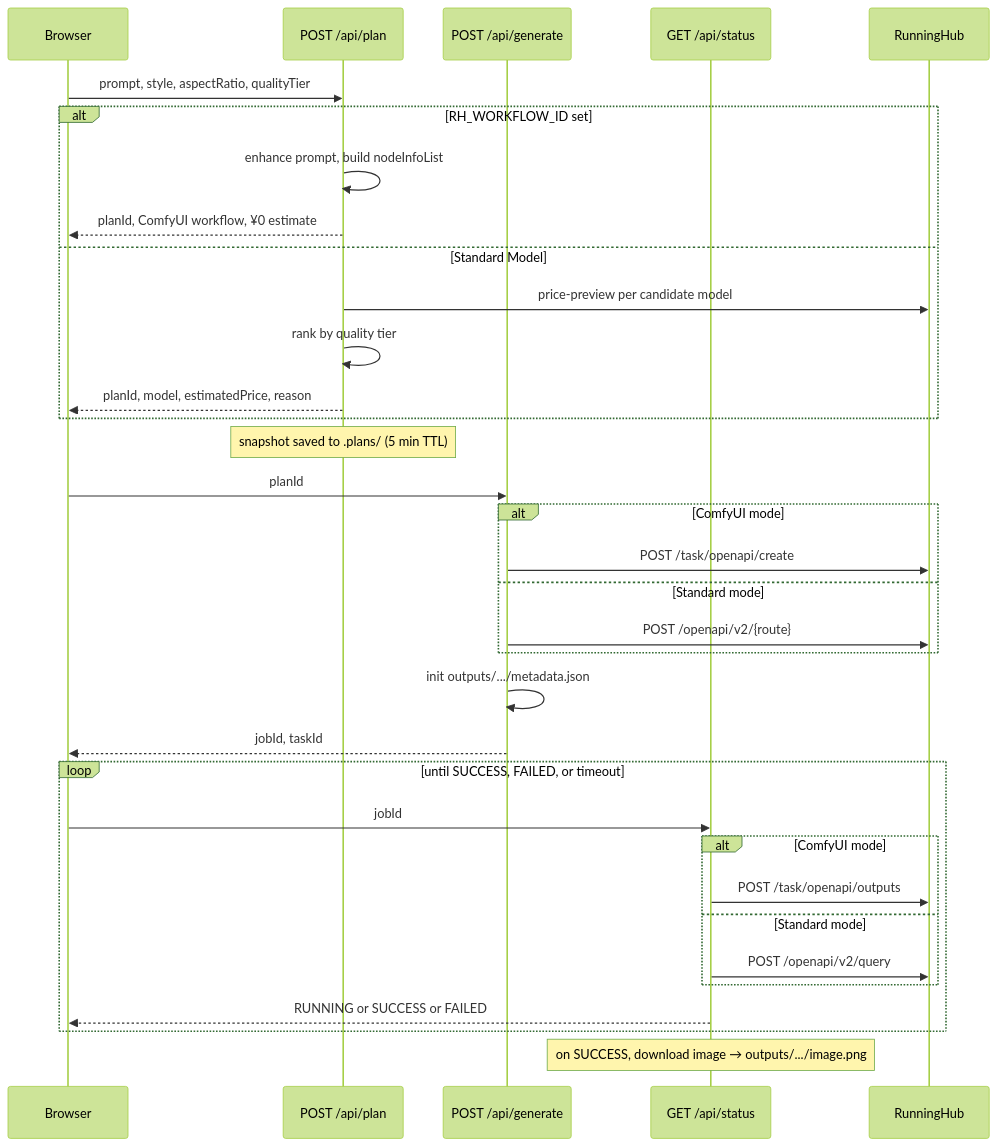
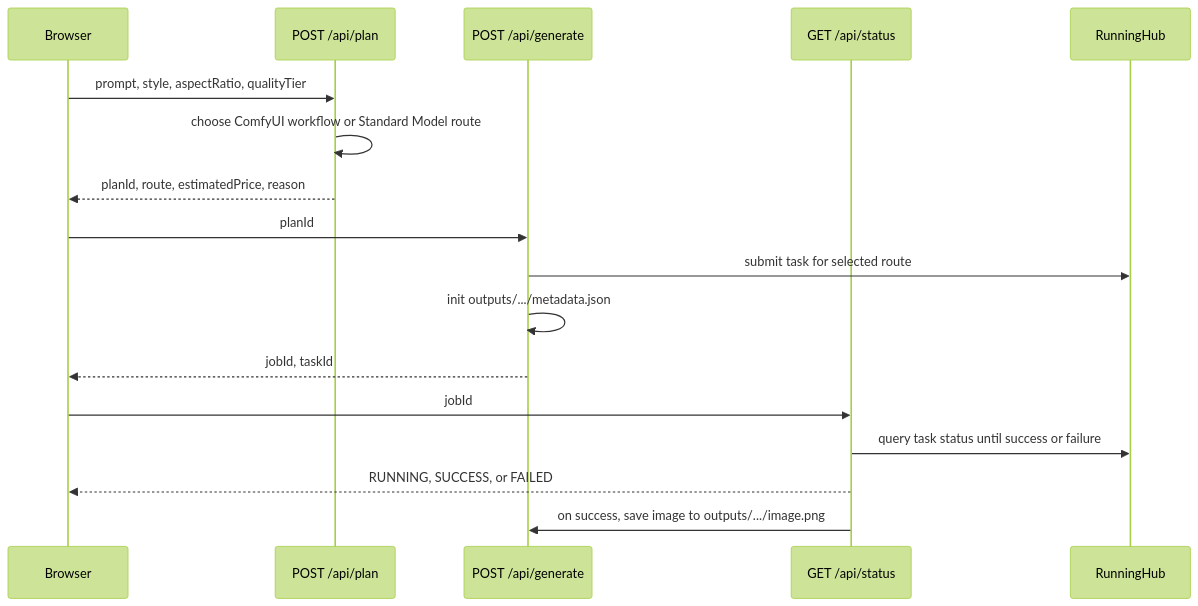
Before and after one commit to jxjwilliam/nsfw-app: the diagram in README.md, drawn with Mermaid (forest theme). The commit also changed other lines of this file and 10 other files, not shown here.

First line of the commit message:
fix: port 4000, exFAT-safe outputs, and ComfyUI error handling

````diff
--- a/README.md
+++ b/README.md
@@ -39,39 +39,22 @@
 ```mermaid
 sequenceDiagram
   participant UI as Browser
   participant Plan as POST /api/plan
   participant Gen as POST /api/generate
   participant Status as GET /api/status
   participant RH as RunningHub
 
   UI->>Plan: prompt, style, aspectRatio, qualityTier
-  alt RH_WORKFLOW_ID set
-    Plan->>Plan: enhance prompt, build nodeInfoList
-    Plan-->>UI: planId, ComfyUI workflow, ¥0 estimate
-  else Standard Model
-    Plan->>RH: price-preview per candidate model
-    Plan->>Plan: rank by quality tier
-    Plan-->>UI: planId, model, estimatedPrice, reason
-  end
-  Note over Plan: snapshot saved to .plans/ (5 min TTL)
+  Plan->>Plan: choose ComfyUI workflow or Standard Model route
+  Plan-->>UI: planId, route, estimatedPrice, reason
 
   UI->>Gen: planId
-  alt ComfyUI mode
-    Gen->>RH: POST /task/openapi/create
-  else Standard mode
-    Gen->>RH: POST /openapi/v2/{route}
-  end
+  Gen->>RH: submit task for selected route
   Gen->>Gen: init outputs/.../metadata.json
   Gen-->>UI: jobId, taskId
 
-  loop until SUCCESS, FAILED, or timeout
-    UI->>Status: jobId
-    alt ComfyUI mode
-      Status->>RH: POST /task/openapi/outputs
-    else Standard mode
-      Status->>RH: POST /openapi/v2/query
-    end
-    Status-->>UI: RUNNING or SUCCESS or FAILED
-  end
-  Note over Status: on SUCCESS, download image → outputs/.../image.png
+  UI->>Status: jobId
+  Status->>RH: query task status until success or failure
+  Status-->>UI: RUNNING, SUCCESS, or FAILED
+  Status->>Gen: on success, save image to outputs/.../image.png
 ```
````
